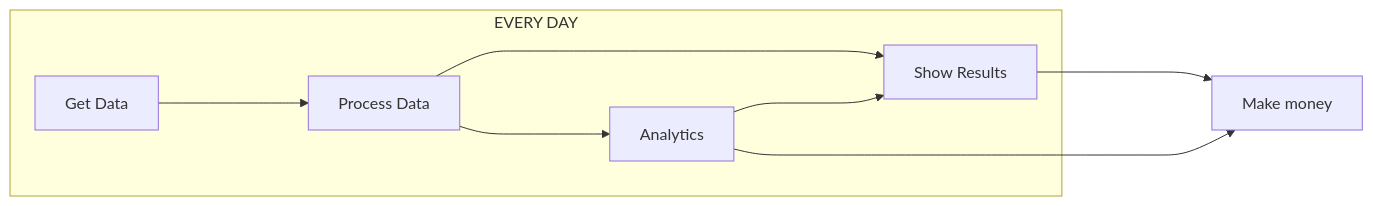
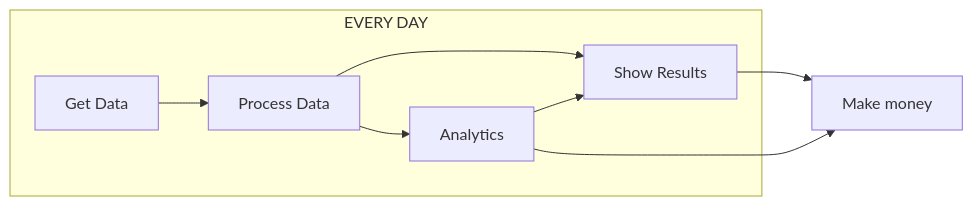
Before and after one commit to moisesosorio/moisesosorio: the diagram in README.md, drawn with Mermaid.

Commit message:
Update README.md
mermaid

````diff
--- a/README.md
+++ b/README.md
@@ -12,11 +12,11 @@
 ```mermaid
 flowchart LR
     subgraph EVERY DAY
-        A["Get Data"]---->B["Process Data"]
-        B["Process Data"]---->C["Show Results"]
-        B["Process Data"]---->D["Analytics"]
-        D["Analytics"]---->C["Show Results"]
+        A["Get Data"]-->B["Process Data"]
+        B["Process Data"]-->C["Show Results"]
+        B["Process Data"]-->D["Analytics"]
+        D["Analytics"]-->C["Show Results"]
     end
-        C["Show Results"]---->E["Make money"]
-        D["Analytics"]---->E["Make money"]
+        C["Show Results"]-->E["Make money"]
+        D["Analytics"]-->E["Make money"]
 ```
````
